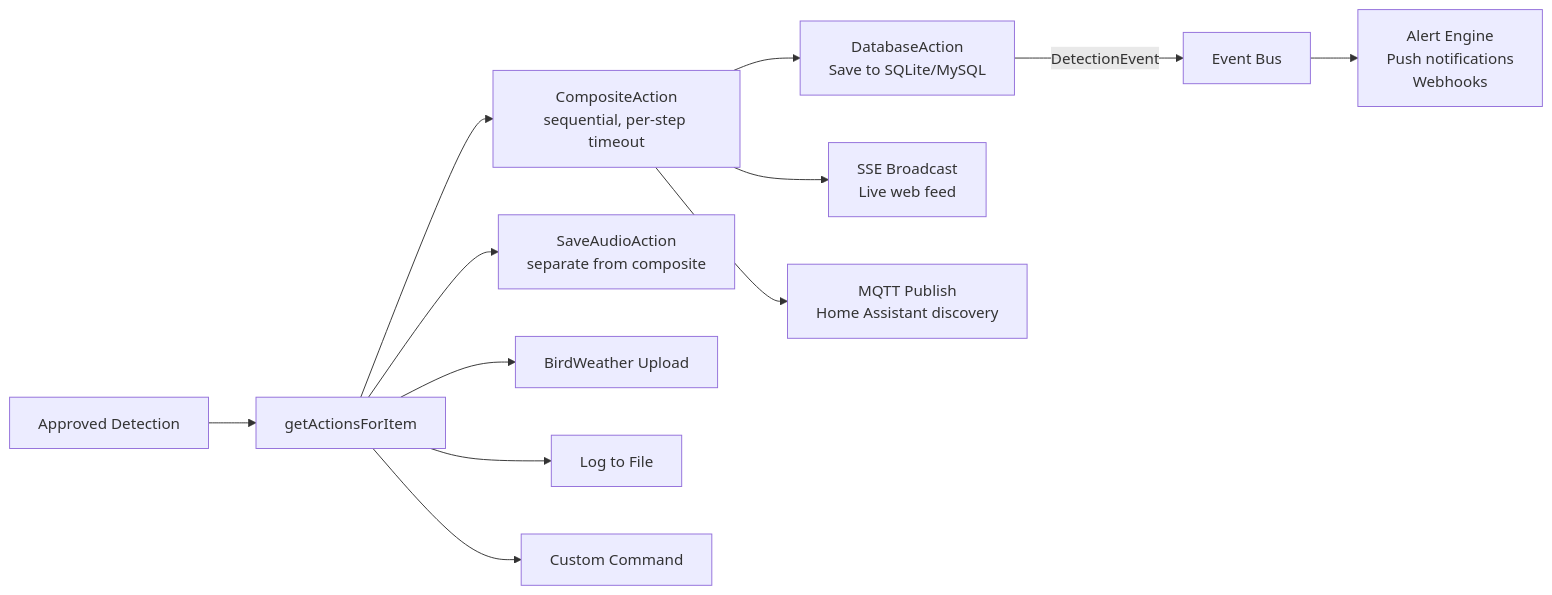
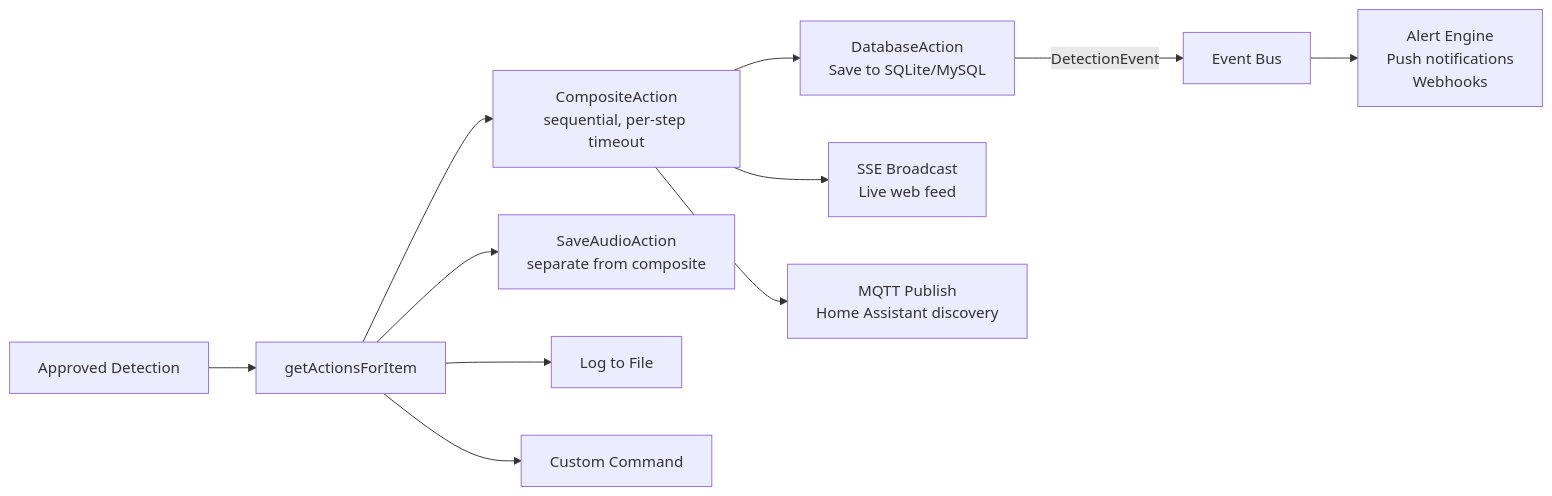
The third of 4 diagrams in doc/wiki/detection-pipeline.md (DrOctogon/net-go), drawn with Mermaid before and after one commit. The commit also changed other lines of this file and 10 other files, not shown here.

````diff
--- a/doc/wiki/detection-pipeline.md
+++ b/doc/wiki/detection-pipeline.md
@@ -269,18 +159,17 @@
 ```mermaid
 flowchart LR
     AD[Approved Detection] --> GA[getActionsForItem]
 
     GA --> COMP[CompositeAction\nsequential, per-step timeout]
     GA --> SAA[SaveAudioAction\nseparate from composite]
 
     COMP --> DBA[DatabaseAction\nSave to SQLite/MySQL]
     COMP --> SSEA[SSE Broadcast\nLive web feed]
     COMP --> MQTTA[MQTT Publish\nHome Assistant discovery]
 
     DBA -->|DetectionEvent| EB[Event Bus]
     EB --> ALRT[Alert Engine\nPush notifications\nWebhooks]
 
-    GA --> BWA[BirdWeather Upload]
     GA --> LOGA[Log to File]
     GA --> CMDA[Custom Command]
 ```
````
